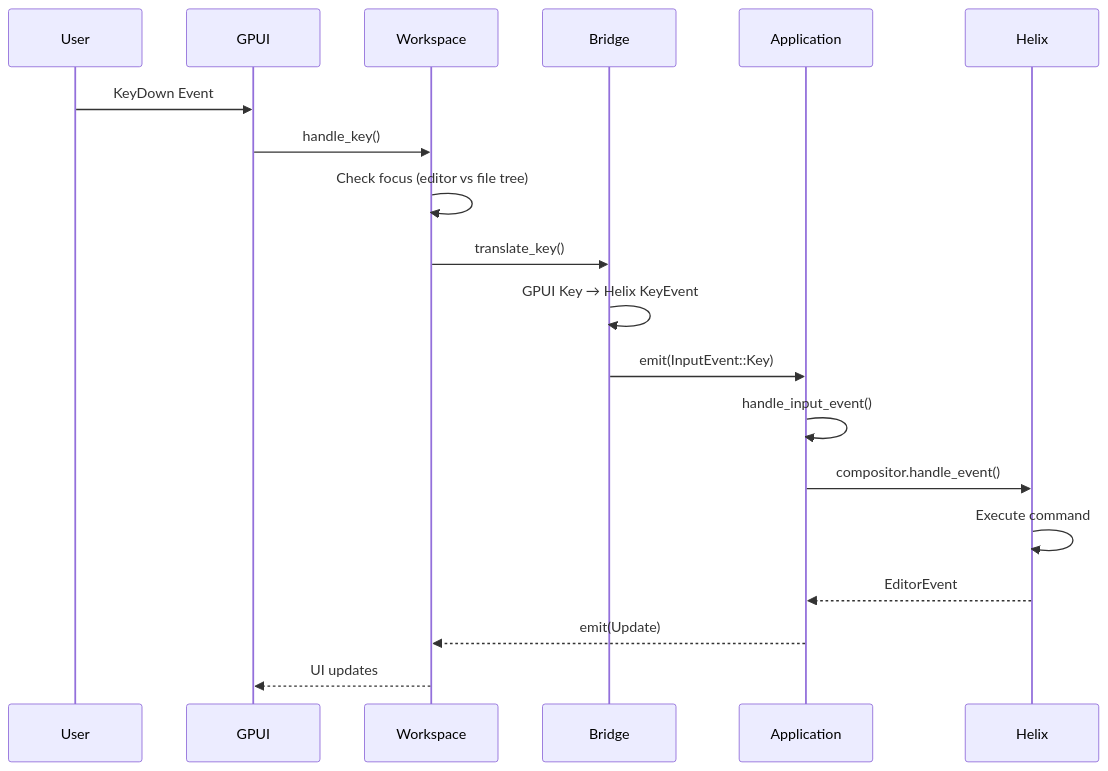
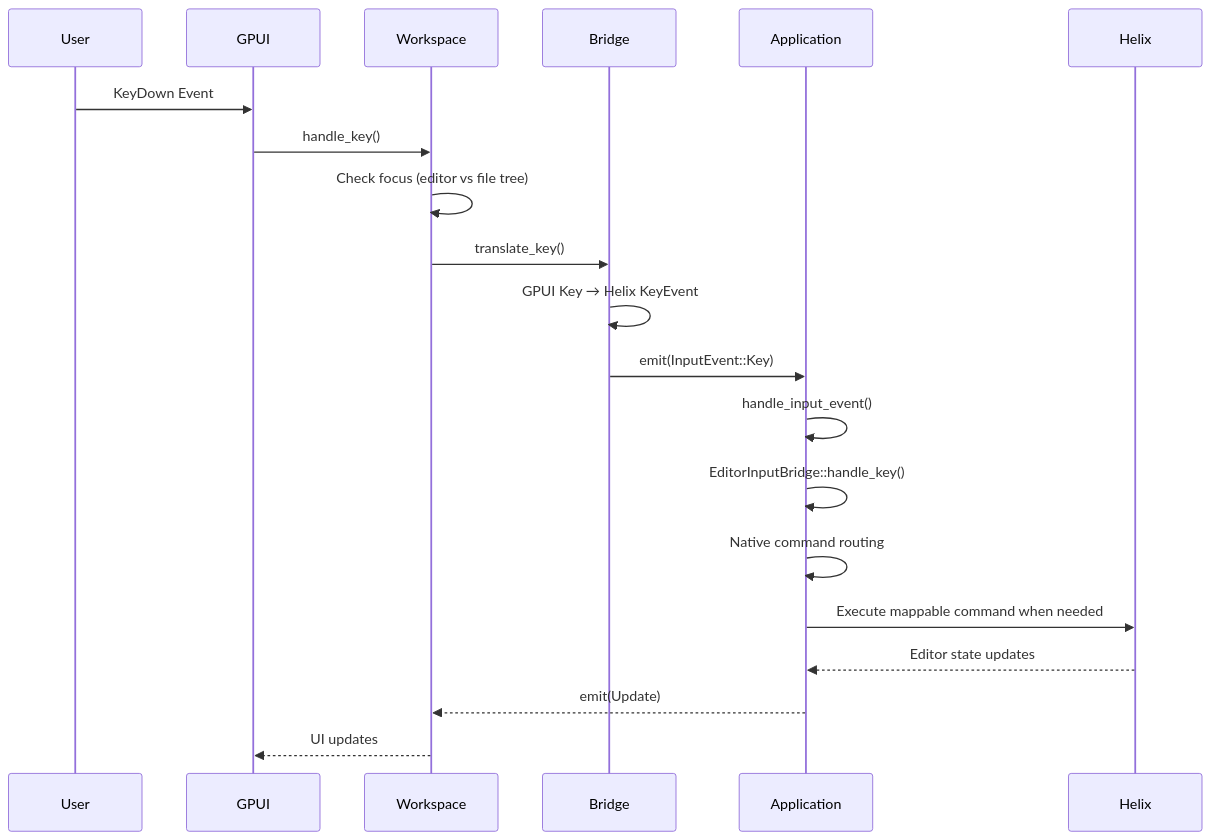
The second of 6 diagrams in docs/event_system.md (iainh/nucleotide), drawn with Mermaid before and after one commit.

Commit message:
docs(events): update native input flow
Document editor key handling through EditorInputBridge and native command routing instead of the removed Helix compositor key dispatch path.

````diff
--- a/docs/event_system.md
+++ b/docs/event_system.md
@@ -77,22 +77,23 @@
 ```mermaid
 sequenceDiagram
     participant User
     participant GPUI
     participant Workspace
     participant Bridge
     participant Application
     participant Helix
     
     User->>GPUI: KeyDown Event
     GPUI->>Workspace: handle_key()
     Workspace->>Workspace: Check focus (editor vs file tree)
     Workspace->>Bridge: translate_key()
     Bridge->>Bridge: GPUI Key → Helix KeyEvent
     Bridge->>Application: emit(InputEvent::Key)
     Application->>Application: handle_input_event()
-    Application->>Helix: compositor.handle_event()
-    Helix->>Helix: Execute command
-    Helix-->>Application: EditorEvent
+    Application->>Application: EditorInputBridge::handle_key()
+    Application->>Application: Native command routing
+    Application->>Helix: Execute mappable command when needed
+    Helix-->>Application: Editor state updates
     Application-->>Workspace: emit(Update)
     Workspace-->>GPUI: UI updates
 ```
````
